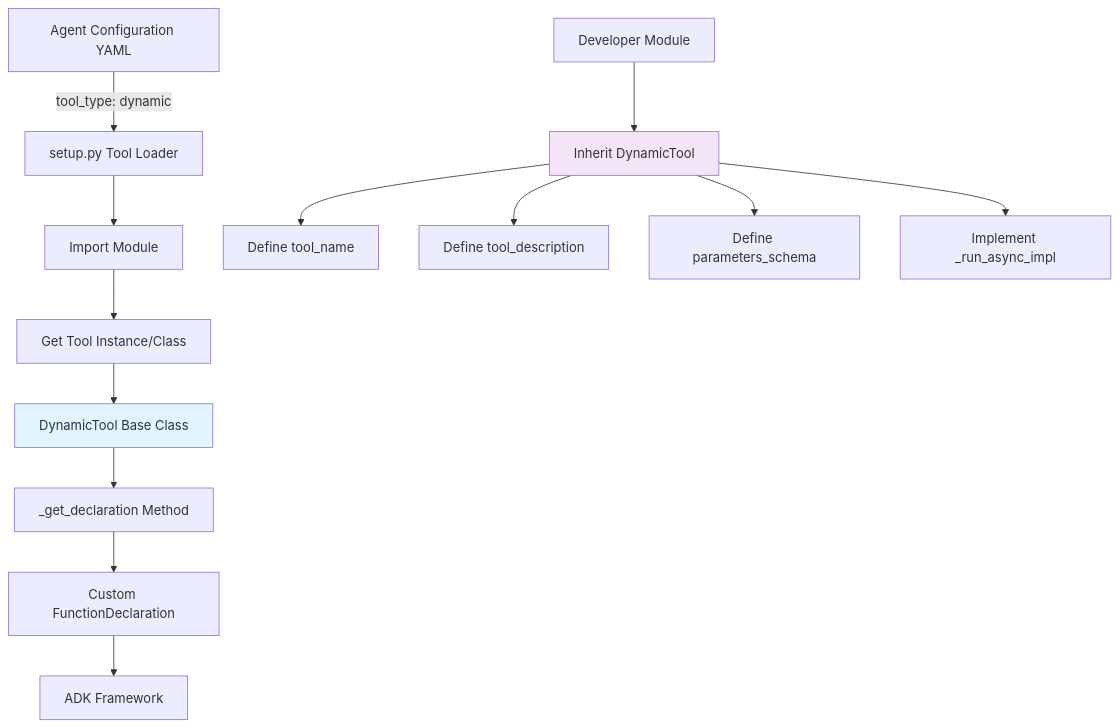
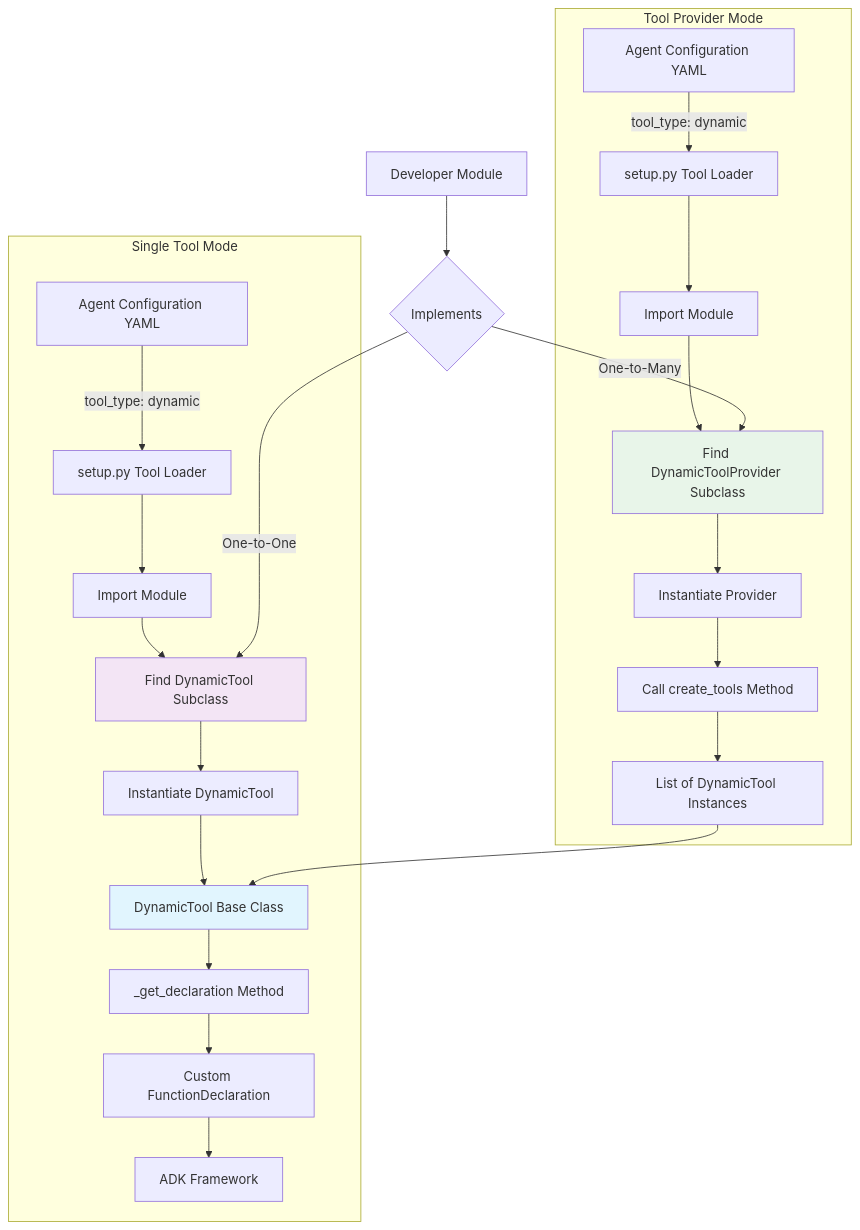
One commit to SolaceLabs/solace-agent-mesh changed the diagram in dynamic_tools_design_document.md. Above: the diagram before and after it, drawn with Mermaid. The commit also changed other lines of this file, not shown here.

Commit message:
docs: update dynamic tools design to include DynamicToolProvider pattern

````diff
--- a/dynamic_tools_design_document.md
+++ b/dynamic_tools_design_document.md
@@ -21,19 +25,31 @@
 ```mermaid
 graph TD
-    A[Agent Configuration YAML] -->|tool_type: dynamic| B[setup.py Tool Loader]
-    B --> C[Import Module]
-    C --> D[Get Tool Instance/Class]
-    D --> E[DynamicTool Base Class]
-    E --> F[_get_declaration Method]
-    F --> G[Custom FunctionDeclaration]
-    G --> H[ADK Framework]
+    subgraph Single Tool Mode
+        A[Agent Configuration YAML] -->|tool_type: dynamic| B[setup.py Tool Loader]
+        B --> C[Import Module]
+        C --> D[Find DynamicTool Subclass]
+        D --> E[Instantiate DynamicTool]
+        E --> F[DynamicTool Base Class]
+        F --> G[_get_declaration Method]
+        G --> H[Custom FunctionDeclaration]
+        H --> I[ADK Framework]
+    end
     
-    I[Developer Module] --> J[Inherit DynamicTool]
-    J --> K[Define tool_name]
-    J --> L[Define tool_description]
-    J --> M[Define parameters_schema]
-    J --> N[Implement _run_async_impl]
-    
-    style E fill:#e1f5fe
-    style J fill:#f3e5f5
+    subgraph Tool Provider Mode
+        J[Agent Configuration YAML] -->|tool_type: dynamic| K[setup.py Tool Loader]
+        K --> L[Import Module]
+        L --> M[Find DynamicToolProvider Subclass]
+        M --> N[Instantiate Provider]
+        N --> O[Call create_tools Method]
+        O --> P[List of DynamicTool Instances]
+        P --> F
+    end
+
+    Q[Developer Module] --> R{Implements}
+    R -->|One-to-One| D
+    R -->|One-to-Many| M
+
+    style F fill:#e1f5fe
+    style D fill:#f3e5f5
+    style M fill:#e8f5e9
 ```
````
